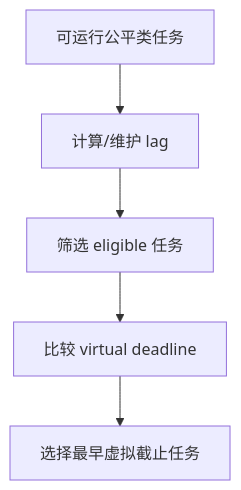
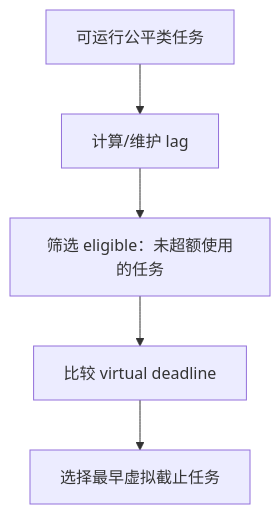
Before and after one commit to Fizgrad/fizgrad.github.io: diagram 35 of 53 in blog/os_review.md, drawn with Mermaid. The commit also changed other lines of this file and 27 other files, not shown here.

````diff
--- a/blog/os_review.md
+++ b/blog/os_review.md
@@ -6076,7 +6854,7 @@
 ```mermaid
 flowchart TD
     A["可运行公平类任务"] --> B["计算/维护 lag"]
-    B --> C["筛选 eligible 任务"]
+    B --> C["筛选 eligible：未超额使用的任务"]
     C --> D["比较 virtual deadline"]
     D --> E["选择最早虚拟截止任务"]
 ```
````
